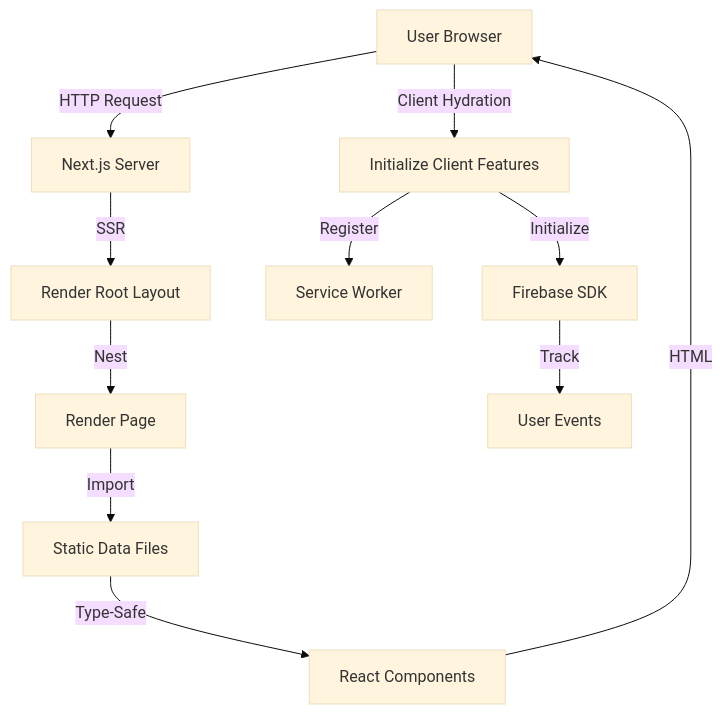
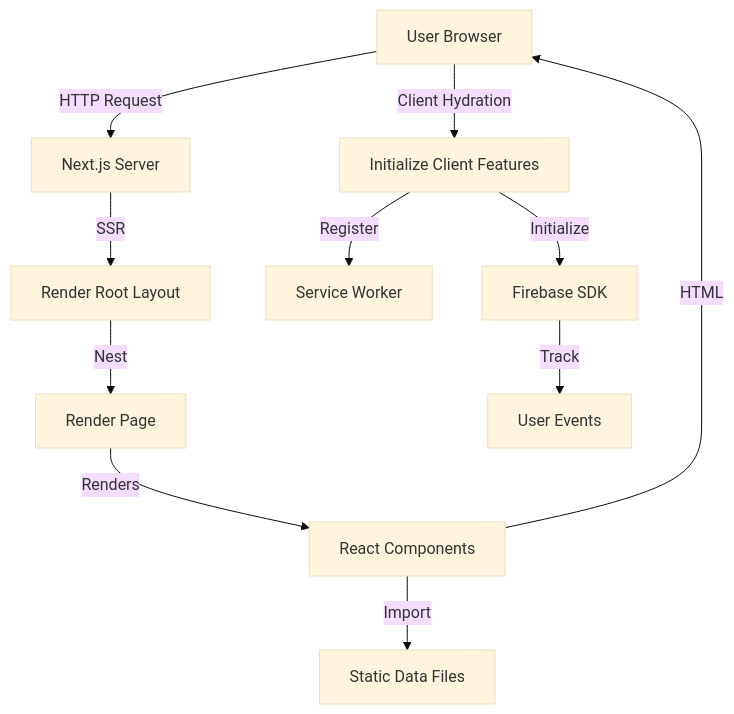
The diagram in docs/architecture/index.md (AlexJSully/AlexJSully-Portfolio), drawn with Mermaid (base theme) before and after one commit. The commit also changed other lines of this file and 42 other files, not shown here.

````diff
--- a/docs/architecture/index.md
+++ b/docs/architecture/index.md
@@ -31,15 +31,15 @@
 ```mermaid
 flowchart TD
     accTitle: System Request Lifecycle
     accDescr: Request flow showing how a browser request is processed by Next.js server, rendered using static data, and hydrated on client with service worker and Firebase initialization
     Browser[User Browser] -->|HTTP Request| NextJS[Next.js Server]
     NextJS -->|SSR| Layout[Render Root Layout]
     Layout -->|Nest| Page[Render Page]
-    Page -->|Import| Data[Static Data Files]
-    Data -->|Type-Safe| Components[React Components]
+    Page -->|Renders| Components[React Components]
+    Components -->|Import| Data[Static Data Files]
     Components -->|HTML| Browser
     Browser -->|Client Hydration| ClientInit[Initialize Client Features]
     ClientInit -->|Register| SW[Service Worker]
     ClientInit -->|Initialize| Firebase[Firebase SDK]
     Firebase -->|Track| Analytics[User Events]
 ```
````
